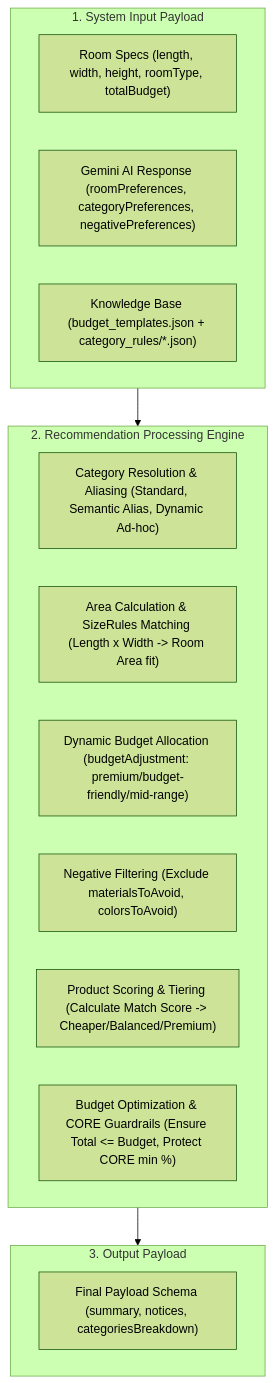
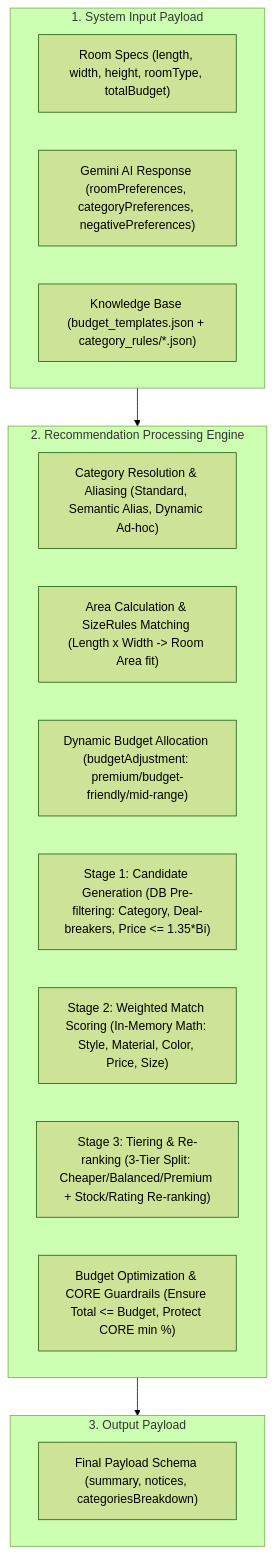
One commit to MoIbrahim2/SmartSpaceAI changed the diagram in back-end/doc/RECOMMENDATION_ENGINE_SPEC.md. Above: the diagram before and after it, drawn with Mermaid (forest theme). The commit also changed other lines of this file, not shown here.

Commit message:
docs: update recommendation engine spec to reflect 3-stage processing pipeline

````diff
--- a/back-end/doc/RECOMMENDATION_ENGINE_SPEC.md
+++ b/back-end/doc/RECOMMENDATION_ENGINE_SPEC.md
@@ -20,23 +20,24 @@
 ```mermaid
 flowchart TD
     subgraph Inputs["1. System Input Payload"]
         I1["Room Specs (length, width, height, roomType, totalBudget)"]
         I2["Gemini AI Response (roomPreferences, categoryPreferences, negativePreferences)"]
         I3["Knowledge Base (budget_templates.json + category_rules/*.json)"]
     end
 
     subgraph Processing["2. Recommendation Processing Engine"]
         P1["Category Resolution & Aliasing (Standard, Semantic Alias, Dynamic Ad-hoc)"]
         P2["Area Calculation & SizeRules Matching (Length x Width -> Room Area fit)"]
         P3["Dynamic Budget Allocation (budgetAdjustment: premium/budget-friendly/mid-range)"]
-        P4["Negative Filtering (Exclude materialsToAvoid, colorsToAvoid)"]
-        P5["Product Scoring & Tiering (Calculate Match Score -> Cheaper/Balanced/Premium)"]
-        P6["Budget Optimization & CORE Guardrails (Ensure Total <= Budget, Protect CORE min %)"]
+        P4["Stage 1: Candidate Generation (DB Pre-filtering: Category, Deal-breakers, Price <= 1.35*Bi)"]
+        P5["Stage 2: Weighted Match Scoring (In-Memory Math: Style, Material, Color, Price, Size)"]
+        P6["Stage 3: Tiering & Re-ranking (3-Tier Split: Cheaper/Balanced/Premium + Stock/Rating Re-ranking)"]
+        P7["Budget Optimization & CORE Guardrails (Ensure Total <= Budget, Protect CORE min %)"]
     end
 
     subgraph Outputs["3. Output Payload"]
         O1["Final Payload Schema (summary, notices, categoriesBreakdown)"]
     end
 
     Inputs --> Processing --> Outputs
 ```
````
